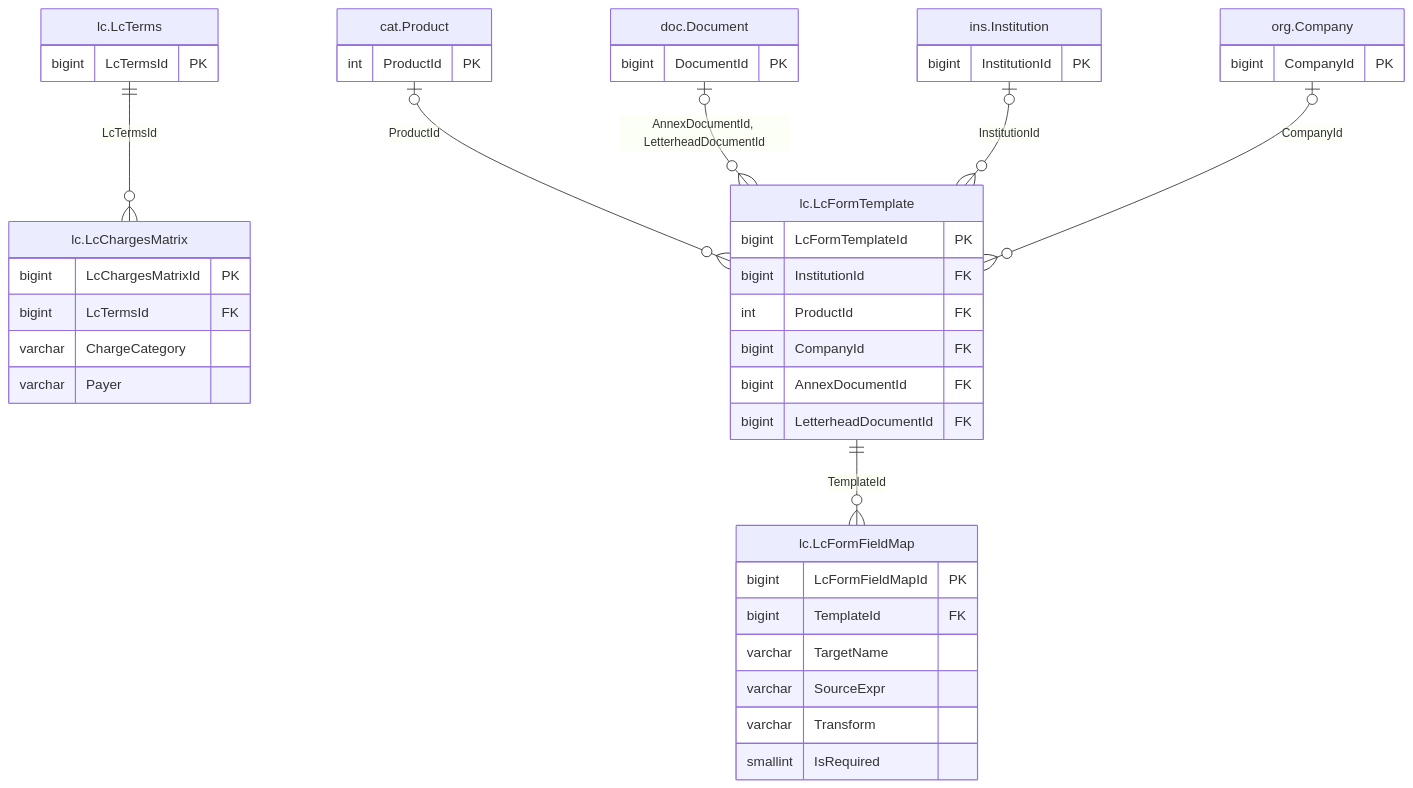
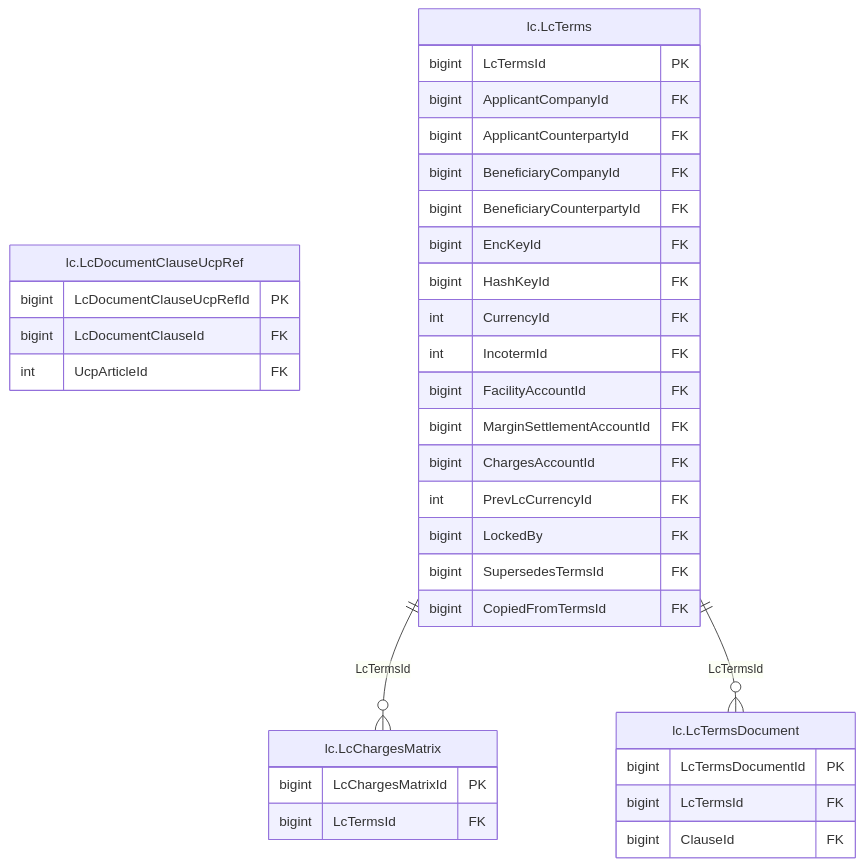
The diagram in treasury-platform/docs/diagrams/erd/m7_8_lc_terms_2.mmd (thawrasy/smartlines), drawn with Mermaid before and after one commit. The commit also changed 230 other files, not shown here.

First line of the commit message:
Rework the ERD Word document after design-review findings

```diff
--- a/treasury-platform/docs/diagrams/erd/m7_8_lc_terms_2.mmd
+++ b/treasury-platform/docs/diagrams/erd/m7_8_lc_terms_2.mmd
@@ -1,45 +1,36 @@
-%% م7/م8 · شروط الاعتماد والنماذج (2/2) — LC terms, fields & form maps
+%% م7/م8 · شروط الاعتماد والنماذج (2/3) — LC terms, fields & form maps
 erDiagram
+  lc_LcDocumentClauseUcpRef["lc.LcDocumentClauseUcpRef"] {
+    bigint LcDocumentClauseUcpRefId PK
+    bigint LcDocumentClauseId FK
+    int UcpArticleId FK
+  }
+  lc_LcTerms["lc.LcTerms"] {
+    bigint LcTermsId PK
+    bigint ApplicantCompanyId FK
+    bigint ApplicantCounterpartyId FK
+    bigint BeneficiaryCompanyId FK
+    bigint BeneficiaryCounterpartyId FK
+    bigint EncKeyId FK
+    bigint HashKeyId FK
+    int CurrencyId FK
+    int IncotermId FK
+    bigint FacilityAccountId FK
+    bigint MarginSettlementAccountId FK
+    bigint ChargesAccountId FK
+    int PrevLcCurrencyId FK
+    bigint LockedBy FK
+    bigint SupersedesTermsId FK
+    bigint CopiedFromTermsId FK
+  }
+  lc_LcTermsDocument["lc.LcTermsDocument"] {
+    bigint LcTermsDocumentId PK
+    bigint LcTermsId FK
+    bigint ClauseId FK
+  }
   lc_LcChargesMatrix["lc.LcChargesMatrix"] {
     bigint LcChargesMatrixId PK
     bigint LcTermsId FK
-    varchar ChargeCategory
-    varchar Payer
   }
-  lc_LcFormTemplate["lc.LcFormTemplate"] {
-    bigint LcFormTemplateId PK
-    bigint InstitutionId FK
-    int ProductId FK
-    bigint CompanyId FK
-    bigint AnnexDocumentId FK
-    bigint LetterheadDocumentId FK
-  }
-  lc_LcFormFieldMap["lc.LcFormFieldMap"] {
-    bigint LcFormFieldMapId PK
-    bigint TemplateId FK
-    varchar TargetName
-    varchar SourceExpr
-    varchar Transform
-    smallint IsRequired
-  }
-  cat_Product["cat.Product"] {
-    int ProductId PK
-  }
-  doc_Document["doc.Document"] {
-    bigint DocumentId PK
-  }
-  ins_Institution["ins.Institution"] {
-    bigint InstitutionId PK
-  }
-  lc_LcTerms["lc.LcTerms"] {
-    bigint LcTermsId PK
-  }
-  org_Company["org.Company"] {
-    bigint CompanyId PK
-  }
-  cat_Product |o--o{ lc_LcFormTemplate : "ProductId"
-  doc_Document |o--o{ lc_LcFormTemplate : "AnnexDocumentId, LetterheadDocumentId"
-  ins_Institution |o--o{ lc_LcFormTemplate : "InstitutionId"
-  lc_LcFormTemplate ||--o{ lc_LcFormFieldMap : "TemplateId"
   lc_LcTerms ||--o{ lc_LcChargesMatrix : "LcTermsId"
-  org_Company |o--o{ lc_LcFormTemplate : "CompanyId"
+  lc_LcTerms ||--o{ lc_LcTermsDocument : "LcTermsId"
```
